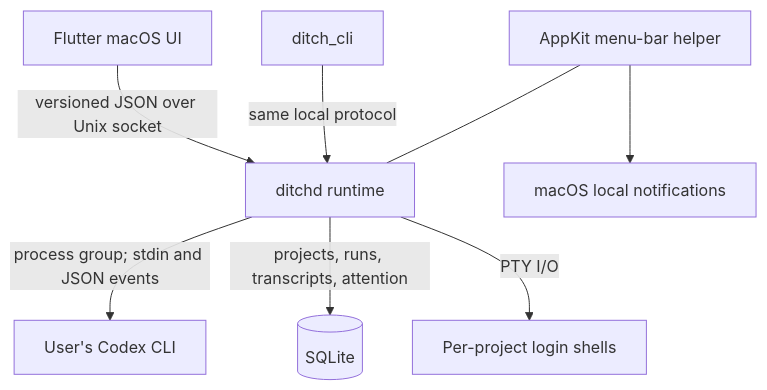
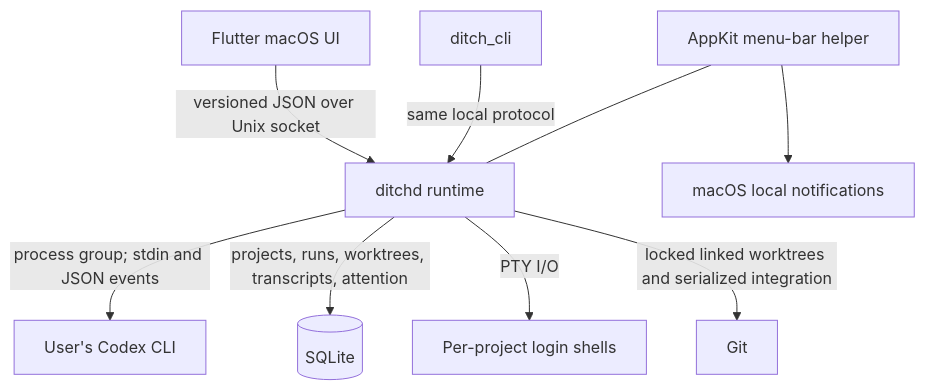
One commit to DitchNow/Ditch changed the diagram in README.md. Above: the diagram before and after it, drawn with Mermaid. The commit also changed other lines of this file and 9 other files, not shown here.

````diff
--- a/README.md
+++ b/README.md
@@ -84,10 +92,11 @@
 ```mermaid
 flowchart TD
     UI[Flutter macOS UI] -->|versioned JSON over Unix socket| D[ditchd runtime]
     CLI[ditch_cli] -->|same local protocol| D
     H[AppKit menu-bar helper] --- D
     D -->|process group; stdin and JSON events| C[User's Codex CLI]
-    D -->|projects, runs, transcripts, attention| DB[(SQLite)]
+    D -->|projects, runs, worktrees, transcripts, attention| DB[(SQLite)]
     D -->|PTY I/O| SH[Per-project login shells]
+    D -->|locked linked worktrees and serialized integration| G[Git]
     H --> N[macOS local notifications]
 ```
````
